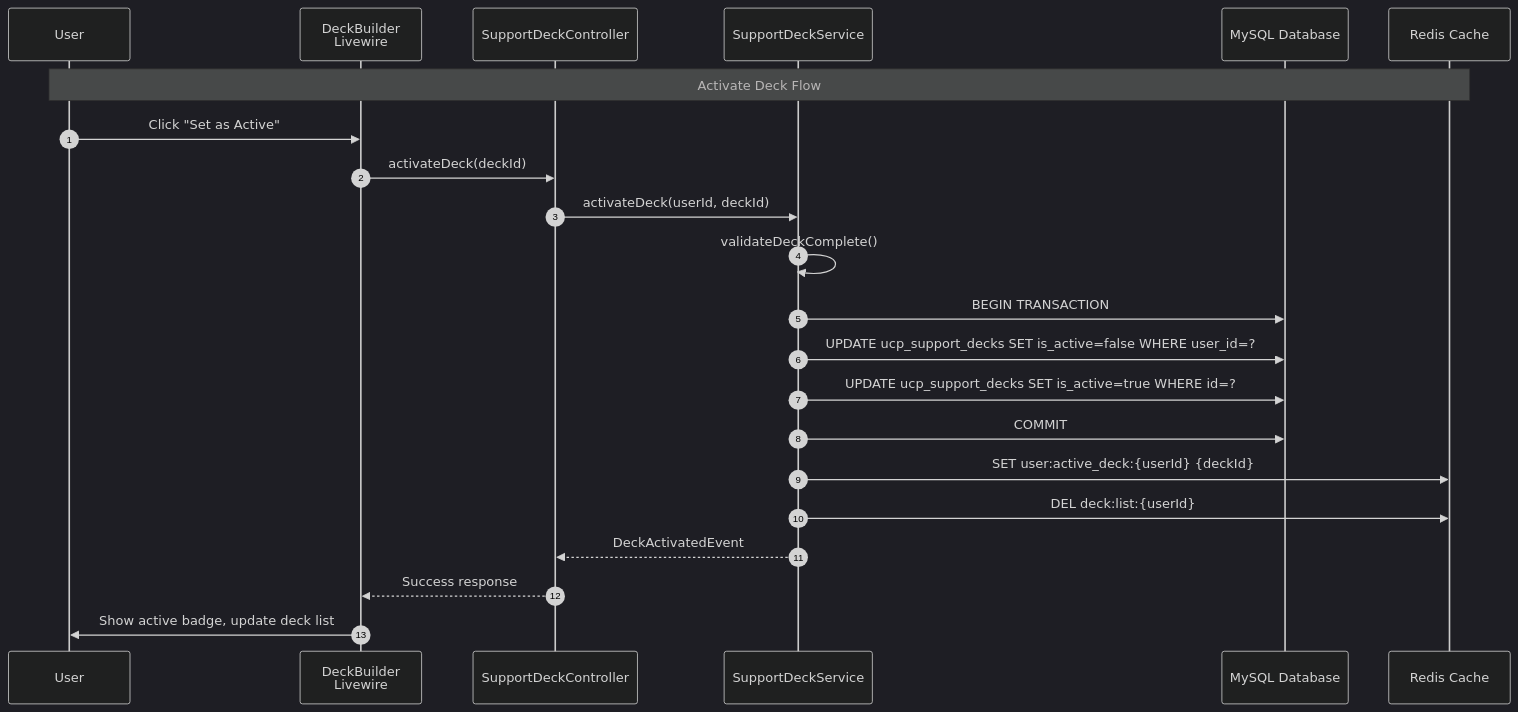
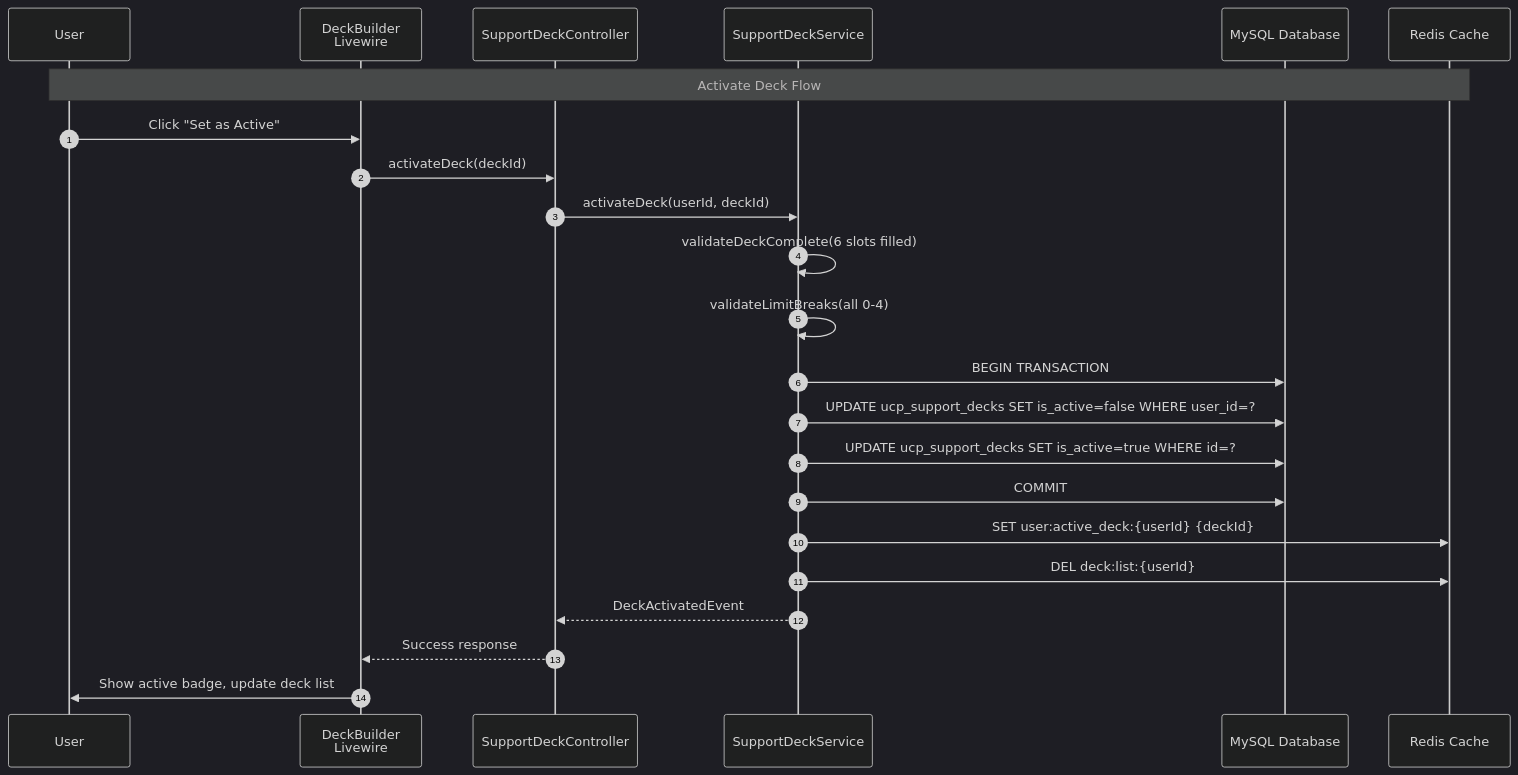
Before and after one commit to exatfrds67/umamusume-career-planner: the second of 4 diagrams in docs/01-sequences/SEQ-016_Support_Deck_Configuration.md, drawn with Mermaid (dark theme). The commit also changed other lines of this file and 313 other files, not shown here.

Commit message:
Phase 3 Complete: UI Component Integration - All 26 components tested (3633 tests passing)

````diff
--- a/docs/01-sequences/SEQ-016_Support_Deck_Configuration.md
+++ b/docs/01-sequences/SEQ-016_Support_Deck_Configuration.md
@@ -184,30 +268,31 @@
 ```mermaid
 sequenceDiagram
     autonumber
     participant U as User
     participant LW as DeckBuilder<br/>Livewire
     participant C as SupportDeckController
     participant DS as SupportDeckService
     participant DB as MySQL Database
     participant R as Redis Cache
 
     Note over U,R: Activate Deck Flow
 
     U->>LW: Click "Set as Active"
     LW->>C: activateDeck(deckId)
     
     C->>DS: activateDeck(userId, deckId)
-    DS->>DS: validateDeckComplete()
+    DS->>DS: validateDeckComplete(6 slots filled)
+    DS->>DS: validateLimitBreaks(all 0-4)
     
     DS->>DB: BEGIN TRANSACTION
     DS->>DB: UPDATE ucp_support_decks SET is_active=false WHERE user_id=?
     DS->>DB: UPDATE ucp_support_decks SET is_active=true WHERE id=?
     DS->>DB: COMMIT
     
     DS->>R: SET user:active_deck:{userId} {deckId}
     DS->>R: DEL deck:list:{userId}
     
     DS-->>C: DeckActivatedEvent
     C-->>LW: Success response
     LW->>U: Show active badge, update deck list
 ```
````
